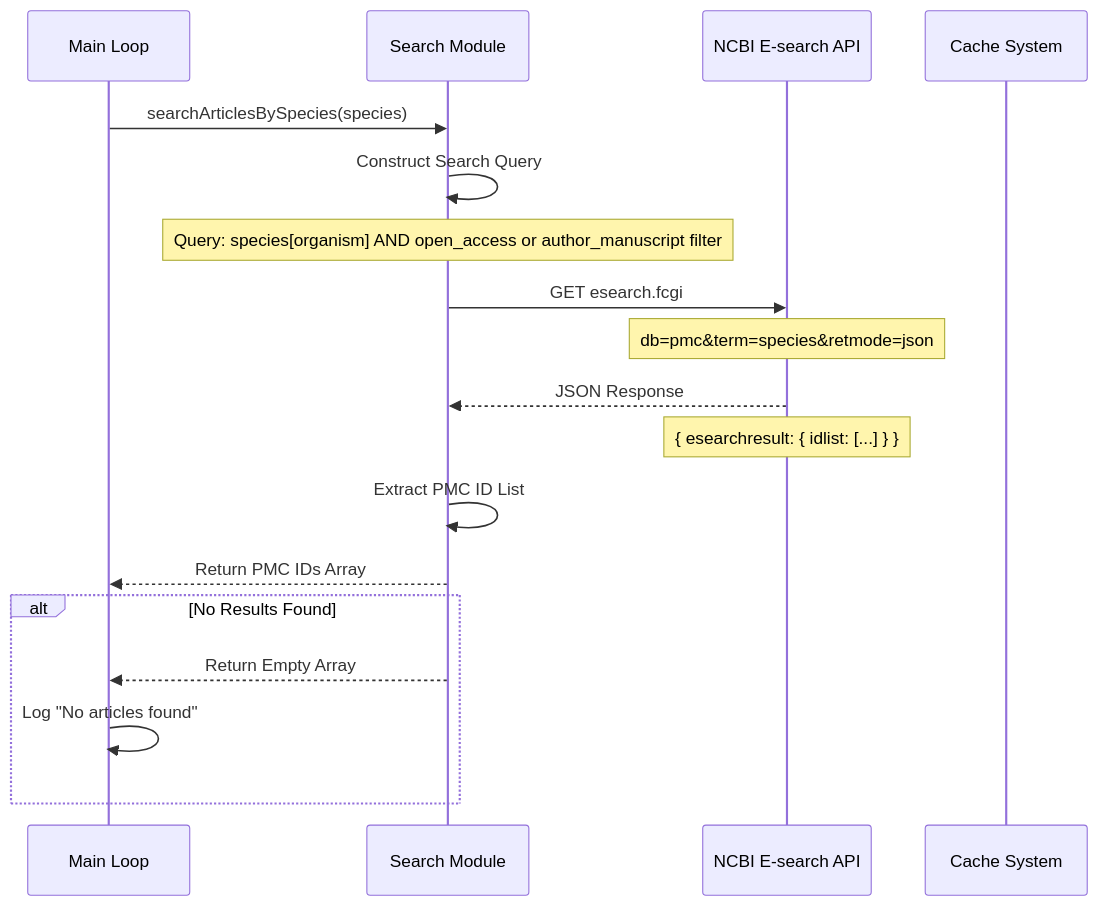
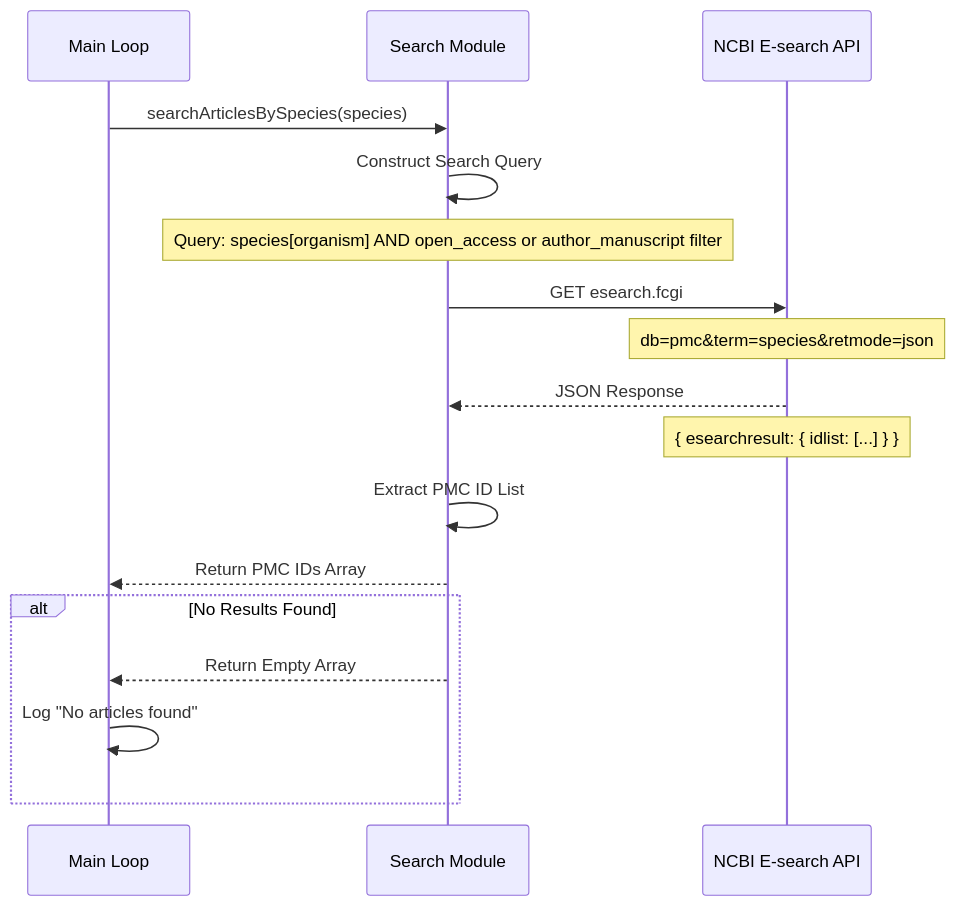
The second of 12 diagrams in docs/architecture/pipelines.md (AlexJSully/Publication-Figure-Retrieval), drawn with Mermaid before and after one commit. The commit also changed other lines of this file and 8 other files, not shown here.

````diff
--- a/docs/architecture/pipelines.md
+++ b/docs/architecture/pipelines.md
@@ -43,26 +43,25 @@
 ```mermaid
 sequenceDiagram
     accTitle: Species Search Pipeline
-    accDescr: The main loop calls the search module with a species name. The module constructs a query of the form species[organism] AND (open_access[Filter] OR author_manuscript[Filter]), which limits results to articles in the PMC Article Datasets, and sends a GET request to the NCBI esearch endpoint. The API returns a JSON response whose esearchresult.idlist holds the PMC IDs, which the module returns to the main loop. When no results are found it returns an empty array and the main loop logs that no articles were found.
+    accDescr: The main loop calls the search module with a species name. The module constructs a query of the form species[organism] AND (open_access[Filter] OR author_manuscript[Filter]) and sends a GET request to the NCBI esearch endpoint for the PMC database. The API returns a JSON response whose esearchresult.idlist holds the PMC IDs, which the module returns to the main loop. When no results are found it returns an empty array and the main loop logs that no articles were found.
 
     participant M as Main Loop
     participant S as Search Module
     participant API as NCBI E-search API
-    participant C as Cache System
 
     M->>S: searchArticlesBySpecies(species)
     S->>S: Construct Search Query
     Note over S: Query: species[organism] AND open_access or author_manuscript filter
     S->>API: GET esearch.fcgi
     Note over API: db=pmc&term=species&retmode=json
 
     API-->>S: JSON Response
     Note over API: { esearchresult: { idlist: [...] } }
     S->>S: Extract PMC ID List
     S-->>M: Return PMC IDs Array
 
     alt No Results Found
         S-->>M: Return Empty Array
         M->>M: Log "No articles found"
     end
 ```
````
